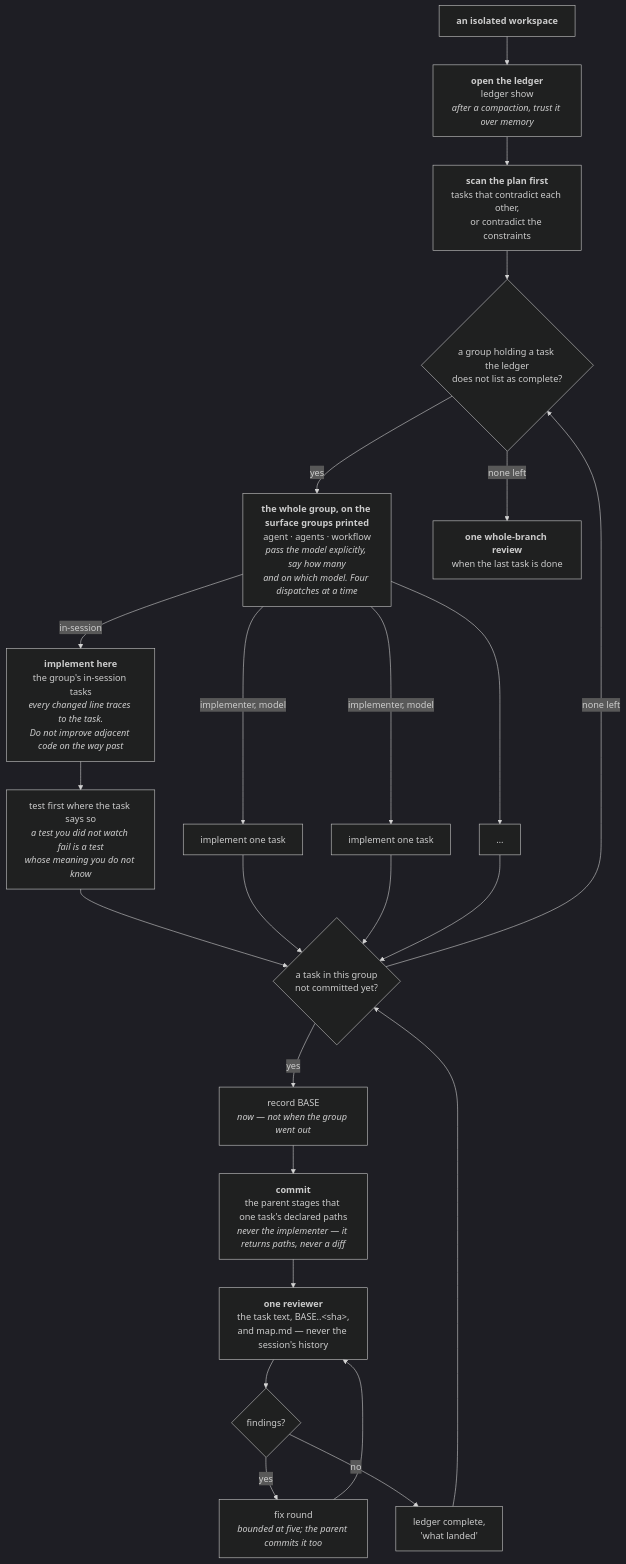
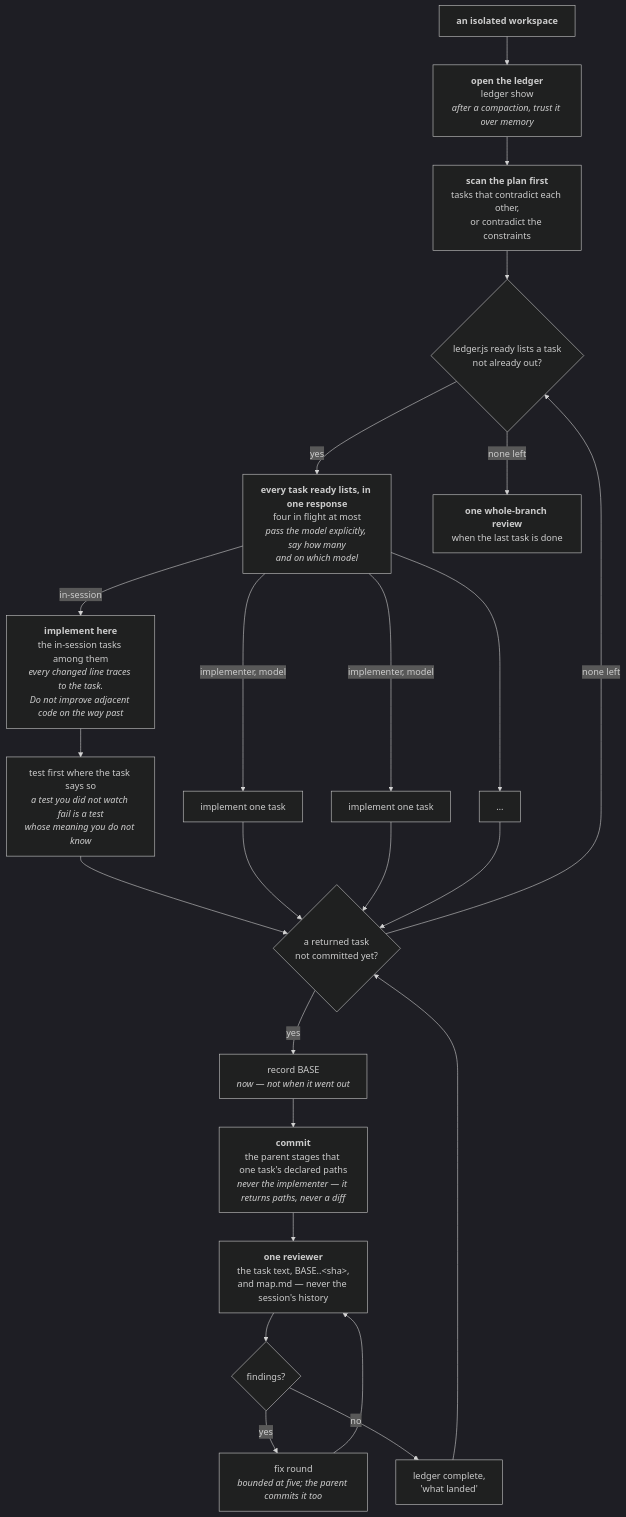
The fourth of 8 diagrams in docs/pipeline.md (FanFantom9452/FanKeel), drawn with Mermaid (dark theme) before and after one commit. The commit also changed other lines of this file and 9 other files, not shown here.

````diff
--- a/docs/pipeline.md
+++ b/docs/pipeline.md
@@ -569,43 +573,43 @@
 ```mermaid
 flowchart TD
     S1["<b>an isolated workspace</b>"]
     S2["<b>open the ledger</b><br/>ledger show<br/><i>after a compaction, trust it over memory</i>"]
     S3["<b>scan the plan first</b><br/>tasks that contradict each other,<br/>or contradict the constraints"]
-    L{"a group holding a task the ledger<br/>does not list as complete?"}
-    D["<b>the whole group, on the surface groups printed</b><br/>agent · agents · workflow<br/><i>pass the model explicitly, say how many<br/>and on which model. Four dispatches at a time</i>"]
-    T2a["<b>implement here</b><br/>the group's in-session tasks<br/><i>every changed line traces to the task.<br/>Do not improve adjacent code on the way past</i>"]
+    L{"ledger.js ready lists a task<br/>not already out?"}
+    D["<b>every task ready lists, in one response</b><br/>four in flight at most<br/><i>pass the model explicitly, say how many<br/>and on which model</i>"]
+    T2a["<b>implement here</b><br/>the in-session tasks among them<br/><i>every changed line traces to the task.<br/>Do not improve adjacent code on the way past</i>"]
     T2b1["implement one task"]
     T2b2["implement one task"]
     T2b3["…"]
     T3["test first where the task says so<br/><i>a test you did not watch fail is a test<br/>whose meaning you do not know</i>"]
-    E{"a task in this group<br/>not committed yet?"}
-    T1["record BASE<br/><i>now — not when the group went out</i>"]
+    E{"a returned task<br/>not committed yet?"}
+    T1["record BASE<br/><i>now — not when it went out</i>"]
     T4["<b>commit</b><br/>the parent stages that one task's declared paths<br/><i>never the implementer — it returns paths, never a diff</i>"]
     T5["<b>one reviewer</b><br/>the task text, BASE..&lt;sha&gt;,<br/>and map.md — never the session's history"]
     T6{"findings?"}
     T7["fix round<br/><i>bounded at five; the parent commits it too</i>"]
     T8["ledger complete,<br/>'what landed'"]
     R["<b>one whole-branch review</b><br/>when the last task is done"]
 
     S1 --> S2 --> S3 --> L
     L -- yes --> D
     D -- "in-session" --> T2a
     D -- "implementer, model" --> T2b1
     D -- "implementer, model" --> T2b2
     D --> T2b3
     T2a --> T3
     T3 --> E
     T2b1 --> E
     T2b2 --> E
     T2b3 --> E
     E -- yes --> T1
     T1 --> T4
     T4 --> T5
     T5 --> T6
     T6 -- yes --> T7
     T7 --> T5
     T6 -- no --> T8
     T8 --> E
     E -- "none left" --> L
     L -- "none left" --> R
 ```
````
